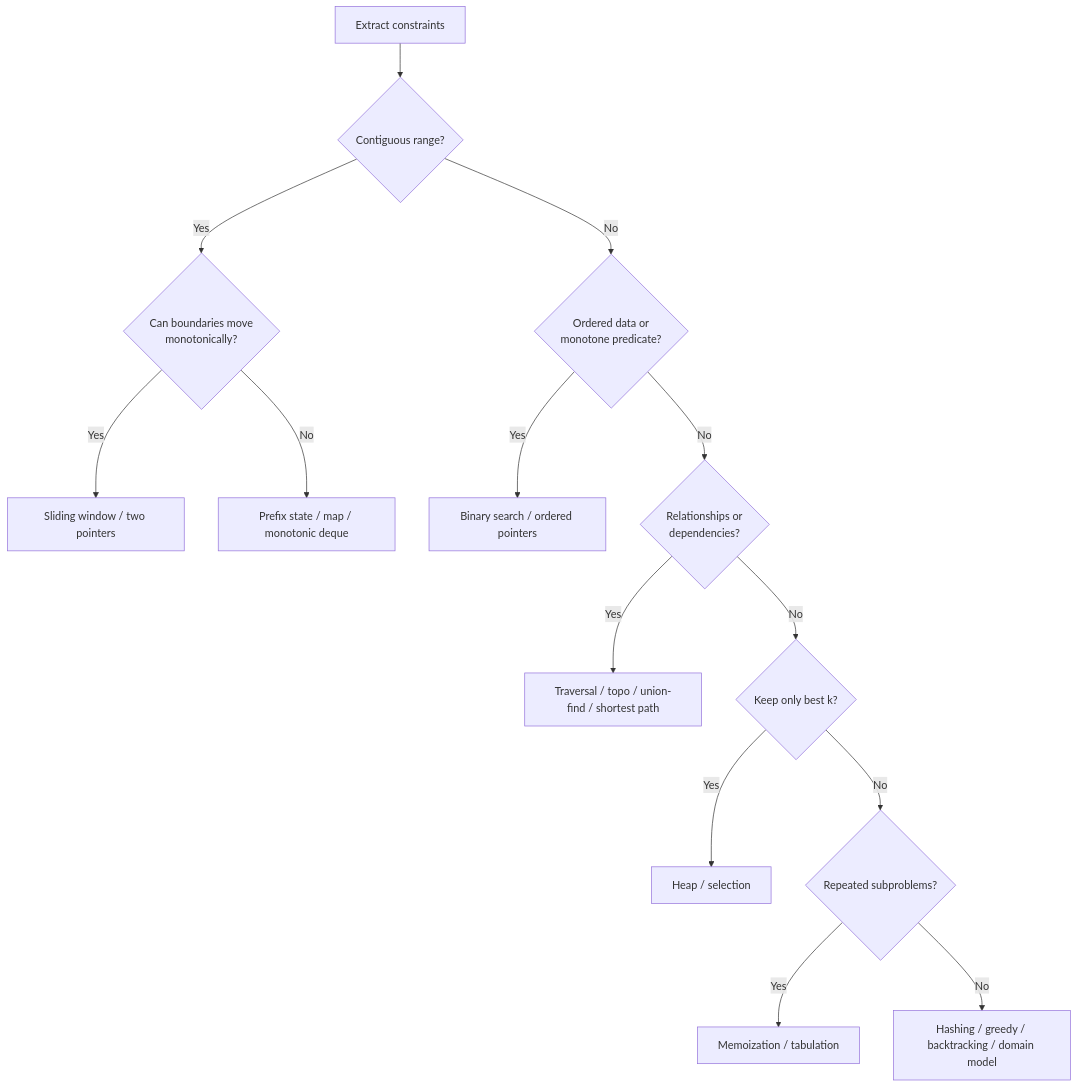
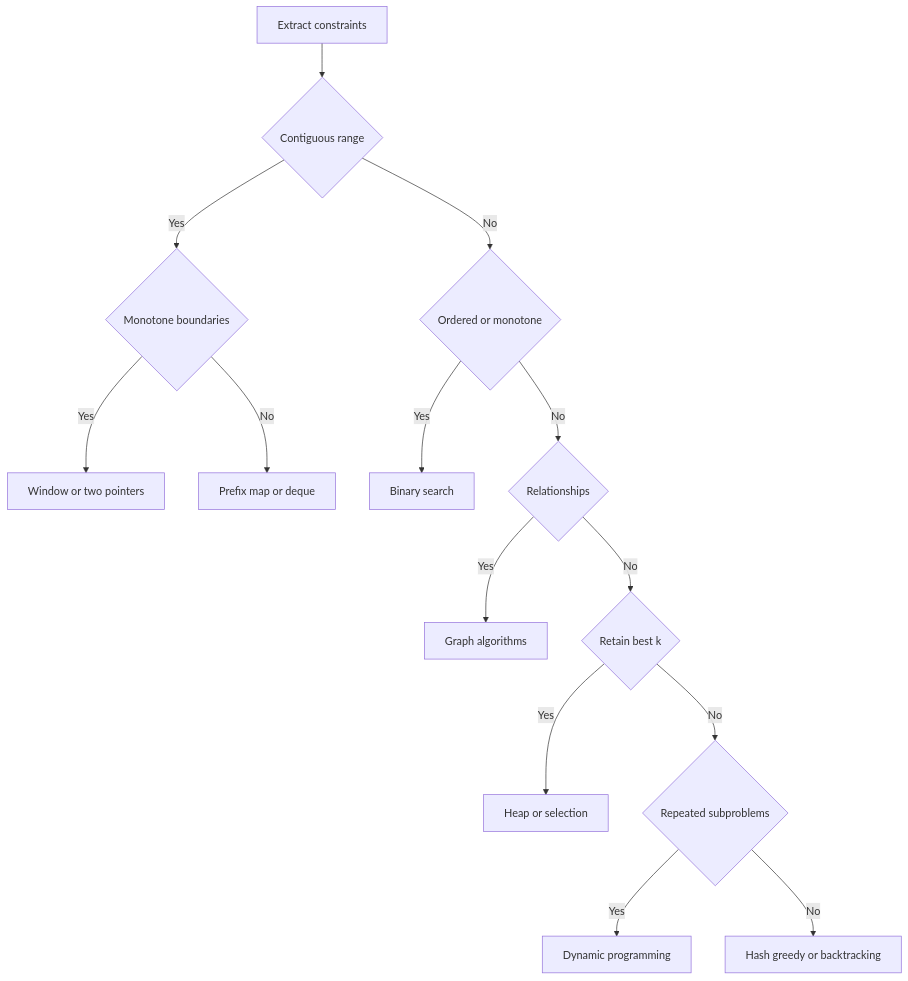
One commit to vinayreddykalluri/SDE2-Interview-Handbook changed the diagram in docs/backend-interview/01-programming-problem-solving/patterns-and-performance.md. Above: the diagram before and after it, drawn with Mermaid. The commit also changed other lines of this file and 21 other files, not shown here.

Commit message:
Add rendered diagrams and runnable coding examples

````diff
--- a/docs/backend-interview/01-programming-problem-solving/patterns-and-performance.md
+++ b/docs/backend-interview/01-programming-problem-solving/patterns-and-performance.md
@@ -22,16 +30,16 @@
 ```mermaid
 flowchart TD
-    S["Extract constraints"] --> R{"Contiguous range?"}
-    R -- Yes --> M{"Can boundaries move<br/>monotonically?"}
-    M -- Yes --> W["Sliding window / two pointers"]
-    M -- No --> P["Prefix state / map / monotonic deque"]
-    R -- No --> O{"Ordered data or<br/>monotone predicate?"}
-    O -- Yes --> B["Binary search / ordered pointers"]
-    O -- No --> G{"Relationships or<br/>dependencies?"}
-    G -- Yes --> H["Traversal / topo / union-find / shortest path"]
-    G -- No --> K{"Keep only best k?"}
-    K -- Yes --> Q["Heap / selection"]
-    K -- No --> D{"Repeated subproblems?"}
-    D -- Yes --> DP["Memoization / tabulation"]
-    D -- No --> X["Hashing / greedy / backtracking / domain model"]
+    S[Extract constraints] --> R{Contiguous range}
+    R -- Yes --> M{Monotone boundaries}
+    M -- Yes --> W[Window or two pointers]
+    M -- No --> P[Prefix map or deque]
+    R -- No --> O{Ordered or monotone}
+    O -- Yes --> B[Binary search]
+    O -- No --> G{Relationships}
+    G -- Yes --> H[Graph algorithms]
+    G -- No --> K{Retain best k}
+    K -- Yes --> Q[Heap or selection]
+    K -- No --> D{Repeated subproblems}
+    D -- Yes --> DP[Dynamic programming]
+    D -- No --> X[Hash greedy or backtracking]
 ```
````
